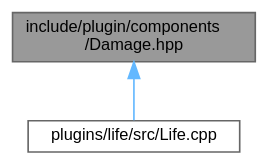
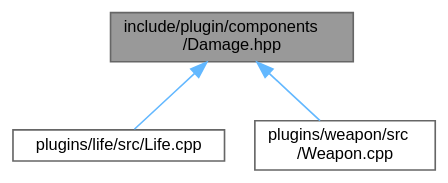
The diagram in Damage_8hpp__dep__incl.dot (sami-hmr/R-Type), drawn with Graphviz before and after one commit. The commit also changed 2326 other files, not shown here.

```diff
--- a/Damage_8hpp__dep__incl.dot
+++ b/Damage_8hpp__dep__incl.dot
@@ -1,11 +1,13 @@
 digraph "include/plugin/components/Damage.hpp"
 {
  // INTERACTIVE_SVG=YES
  // LATEX_PDF_SIZE
   bgcolor="transparent";
   edge [fontname=Helvetica,fontsize=10,labelfontname=Helvetica,labelfontsize=10];
   node [fontname=Helvetica,fontsize=10,shape=box,height=0.2,width=0.4];
   Node1 [id="Node000001",label="include/plugin/components\l/Damage.hpp",height=0.2,width=0.4,color="gray40", fillcolor="grey60", style="filled", fontcolor="black",tooltip=" "];
   Node1 -> Node2 [id="edge1_Node000001_Node000002",dir="back",color="steelblue1",style="solid",tooltip=" "];
   Node2 [id="Node000002",label="plugins/life/src/Life.cpp",height=0.2,width=0.4,color="grey40", fillcolor="white", style="filled",URL="$Life_8cpp.html",tooltip=" "];
+  Node1 -> Node3 [id="edge2_Node000001_Node000003",dir="back",color="steelblue1",style="solid",tooltip=" "];
+  Node3 [id="Node000003",label="plugins/weapon/src\l/Weapon.cpp",height=0.2,width=0.4,color="grey40", fillcolor="white", style="filled",URL="$Weapon_8cpp.html",tooltip=" "];
 }
```
